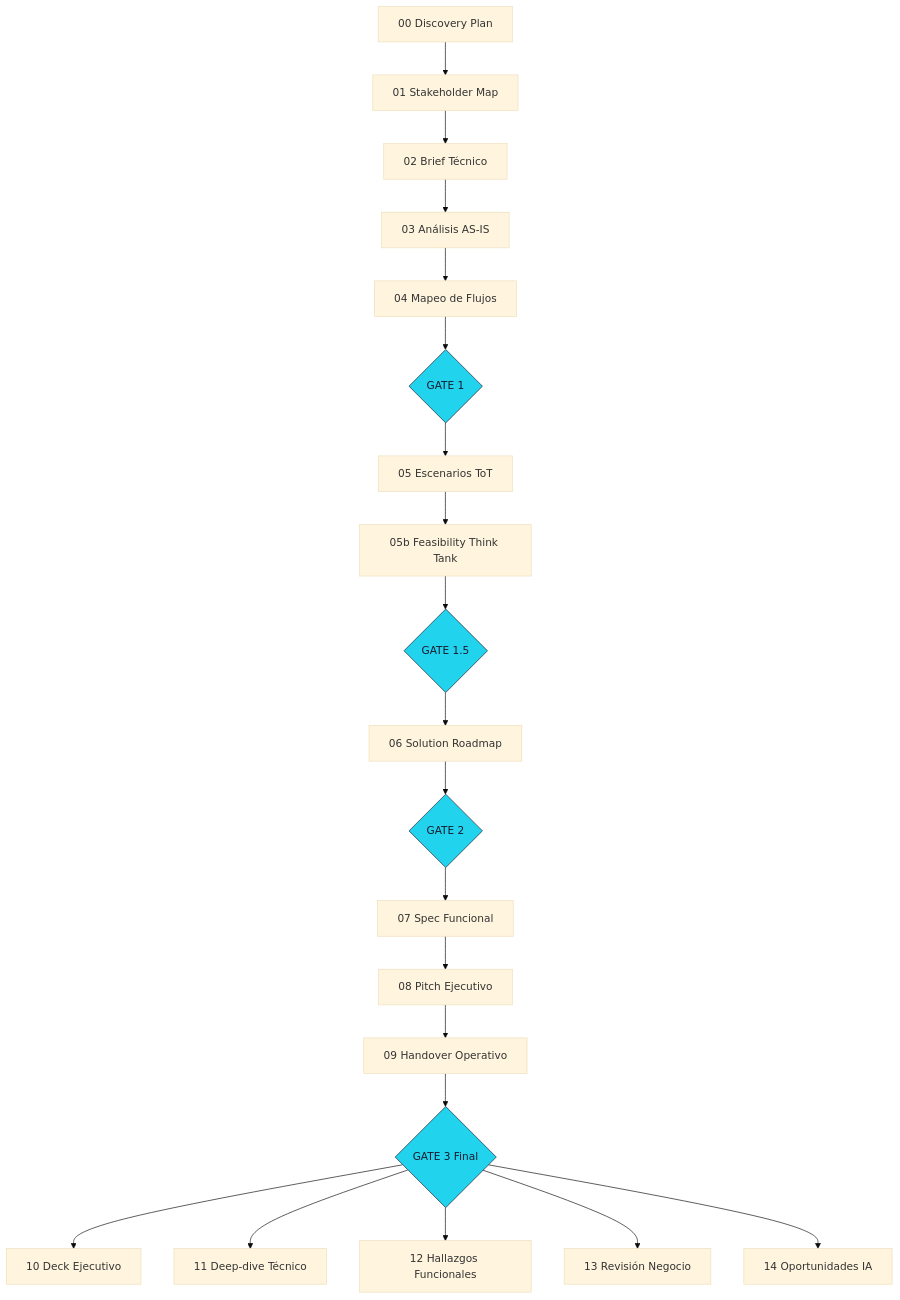
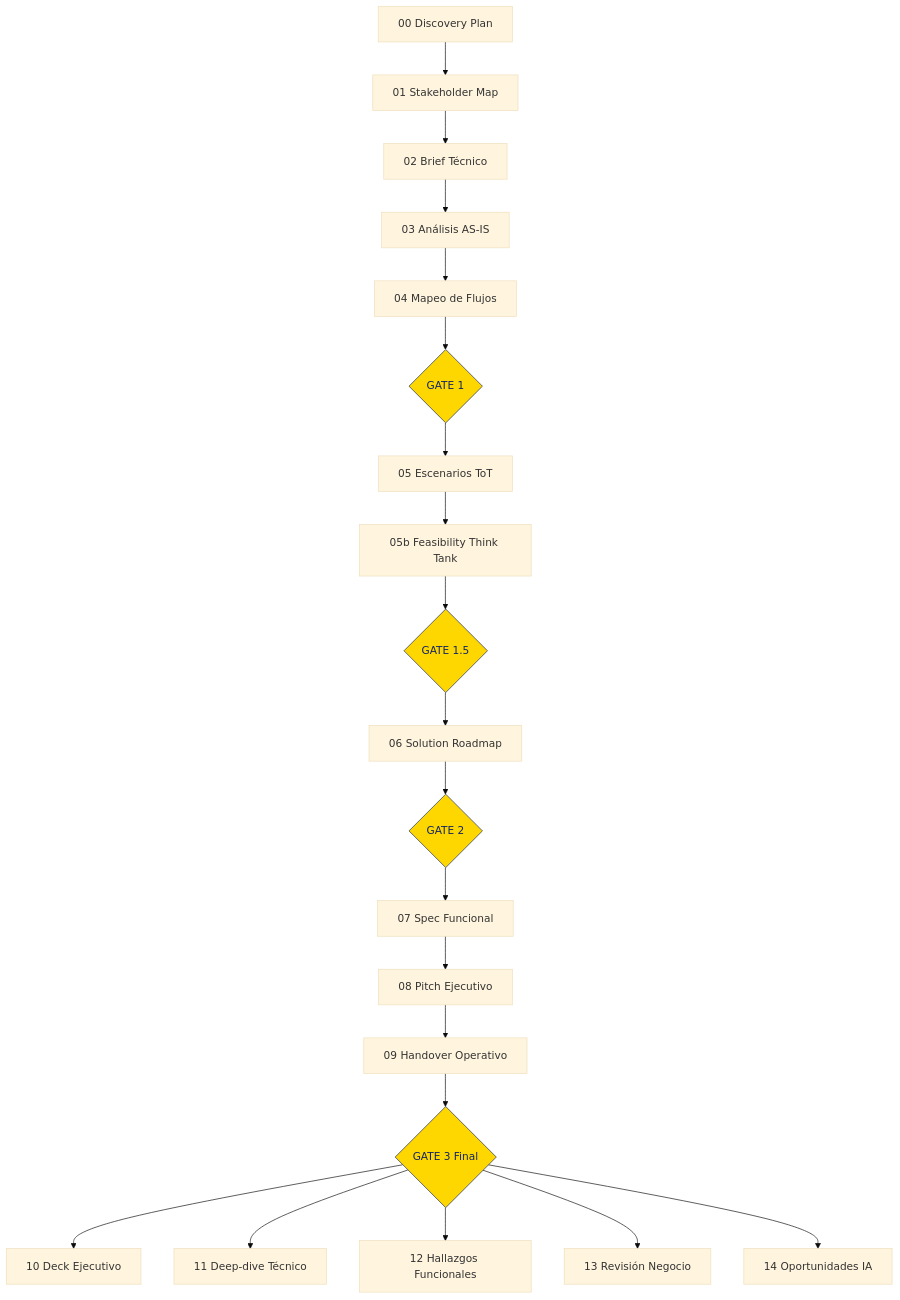
One commit to KatherinOquendo/local-skills-marketplace changed the diagram in plugins/metodologia/metodologia-discovery-framework/references/ontology/pipeline-orchestration.md. Above: the diagram before and after it, drawn with Mermaid (base theme). The commit also changed 311 other files, not shown here.

````diff
--- a/plugins/metodologia/metodologia-discovery-framework/references/ontology/pipeline-orchestration.md
+++ b/plugins/metodologia/metodologia-discovery-framework/references/ontology/pipeline-orchestration.md
@@ -16,27 +16,27 @@
 ```mermaid
 flowchart TD
     P0[00 Discovery Plan] --> P1[01 Stakeholder Map]
     P1 --> P2[02 Brief Técnico]
     P2 --> P3[03 Análisis AS-IS]
     P3 --> P4[04 Mapeo de Flujos]
     P4 --> G1{GATE 1}
     G1 --> P5[05 Escenarios ToT]
     P5 --> P5b[05b Feasibility Think Tank]
     P5b --> G15{GATE 1.5}
     G15 --> P6[06 Solution Roadmap]
     P6 --> G2{GATE 2}
     G2 --> P7[07 Spec Funcional]
     P7 --> P8[08 Pitch Ejecutivo]
     P8 --> P9[09 Handover Operativo]
     P9 --> G3{GATE 3 Final}
     G3 --> R10[10 Deck Ejecutivo]
     G3 --> R11[11 Deep-dive Técnico]
     G3 --> R12[12 Hallazgos Funcionales]
     G3 --> R13[13 Revisión Negocio]
     G3 --> R14[14 Oportunidades IA]
 
-    style G1 fill:#22D3EE,stroke:#1A1A2E,color:#1A1A2E
-    style G15 fill:#22D3EE,stroke:#1A1A2E,color:#1A1A2E
-    style G2 fill:#22D3EE,stroke:#1A1A2E,color:#1A1A2E
-    style G3 fill:#22D3EE,stroke:#1A1A2E,color:#1A1A2E
+    style G1 fill:#FFD700,stroke:#122562,color:#122562
+    style G15 fill:#FFD700,stroke:#122562,color:#122562
+    style G2 fill:#FFD700,stroke:#122562,color:#122562
+    style G3 fill:#FFD700,stroke:#122562,color:#122562
 ```
````
